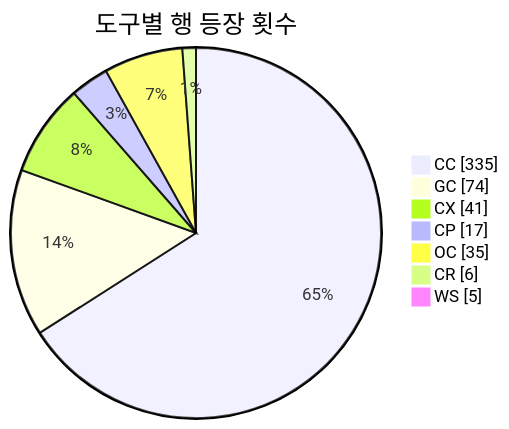
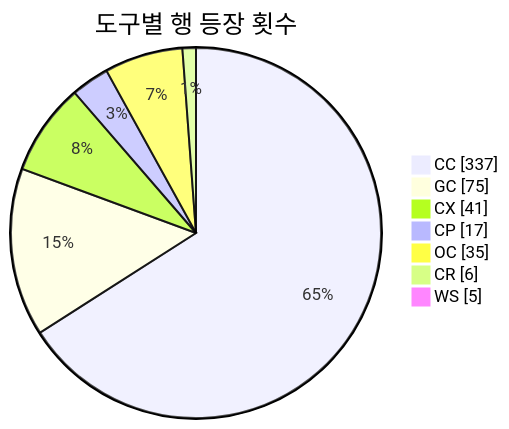
The second of 3 diagrams in README.md (J-nowcow/awesome-korean-agent-skills), drawn with Mermaid before and after one commit. The commit also changed other lines of this file and 5 other files, not shown here.

````diff
--- a/README.md
+++ b/README.md
@@ -193,11 +193,11 @@
 ```mermaid
 pie showData
     title 도구별 행 등장 횟수
-    "CC" : 335
-    "GC" : 74
+    "CC" : 337
+    "GC" : 75
     "CX" : 41
     "CP" : 17
     "OC" : 35
     "CR" : 6
     "WS" : 5
 ```
````
